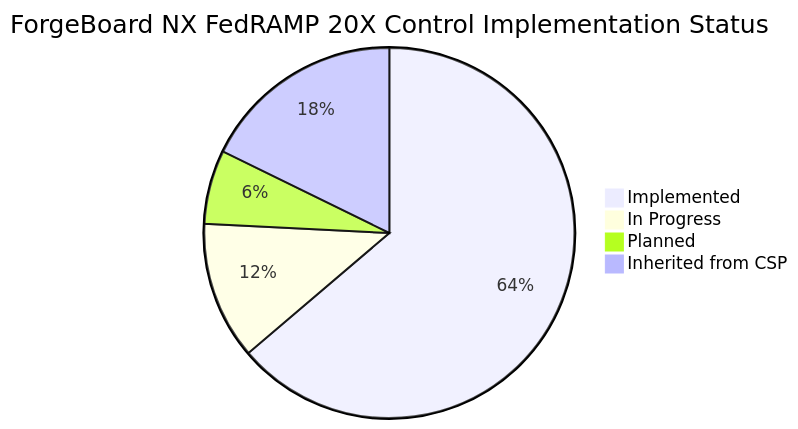
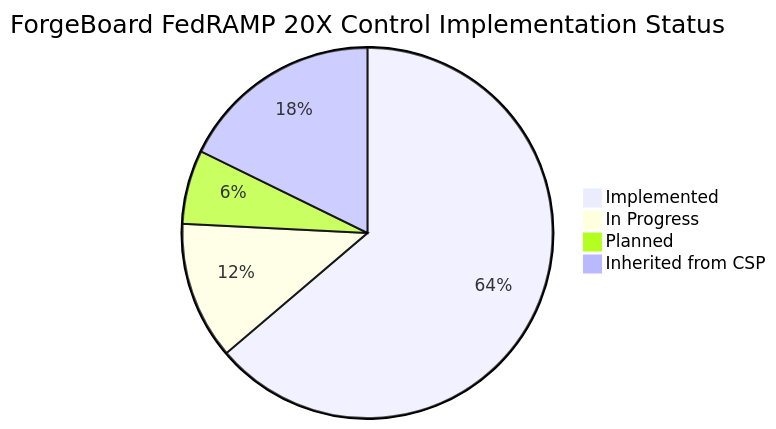
The fifth of 9 diagrams in forgeboard-frontend/src/assets/documentation/ADHERANCE.md (JeffreySanford/forge-board), drawn with Mermaid before and after one commit. The commit also changed other lines of this file and 64 other files, not shown here.

````diff
--- a/forgeboard-frontend/src/assets/documentation/ADHERANCE.md
+++ b/forgeboard-frontend/src/assets/documentation/ADHERANCE.md
@@ -439,7 +439,7 @@
 ```mermaid
-pie title ForgeBoard NX FedRAMP 20X Control Implementation Status
+pie title ForgeBoard FedRAMP 20X Control Implementation Status
     "Implemented" : 345
     "In Progress" : 65
     "Planned" : 35
     "Inherited from CSP" : 96
 ```
````
